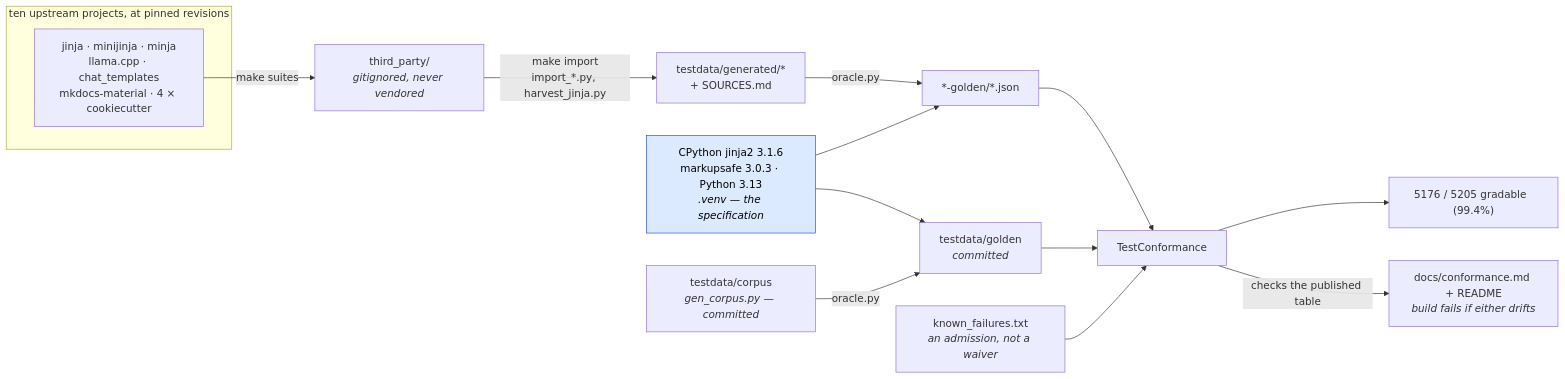
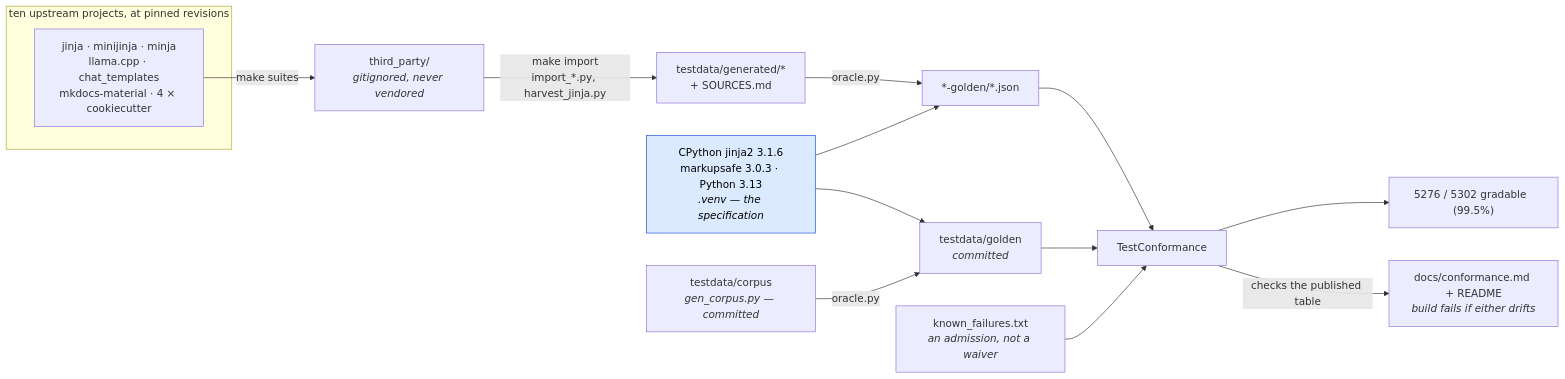
The first of 2 diagrams in docs/conformance.md (mgilbir/gojja2), drawn with Mermaid before and after one commit. The commit also changed other lines of this file and 368 other files, not shown here.

````diff
--- a/docs/conformance.md
+++ b/docs/conformance.md
@@ -17,24 +17,24 @@
 ```mermaid
 flowchart LR
     subgraph up["ten upstream projects, at pinned revisions"]
         U1["jinja · minijinja · minja<br/>llama.cpp · chat_templates<br/>mkdocs-material · 4 × cookiecutter"]
     end
     U1 -->|"make suites"| TP["third_party/<br/><i>gitignored, never vendored</i>"]
     TP -->|"make import<br/>import_*.py, harvest_jinja.py"| GEN["testdata/generated/*<br/>+ SOURCES.md"]
 
     ORA["CPython jinja2 3.1.6<br/>markupsafe 3.0.3 · Python 3.13<br/><i>.venv — the specification</i>"]
     GEN -->|"oracle.py"| G2["*-golden/*.json"]
     ORA --> G2
 
     OWN["testdata/corpus<br/><i>gen_corpus.py — committed</i>"] -->|"oracle.py"| G1["testdata/golden<br/><i>committed</i>"]
     ORA --> G1
 
     G1 --> TC["TestConformance"]
     G2 --> TC
     KF["known_failures.txt<br/><i>an admission, not a waiver</i>"] --> TC
-    TC --> RATE["5176 / 5205 gradable  (99.4%)"]
+    TC --> RATE["5276 / 5302 gradable  (99.5%)"]
     TC -->|"checks the published table"| RM["docs/conformance.md + README<br/><i>build fails if either drifts</i>"]
 
     classDef spec fill:#dbeafe,stroke:#1d4ed8,color:#000
     class ORA spec
 ```
````
